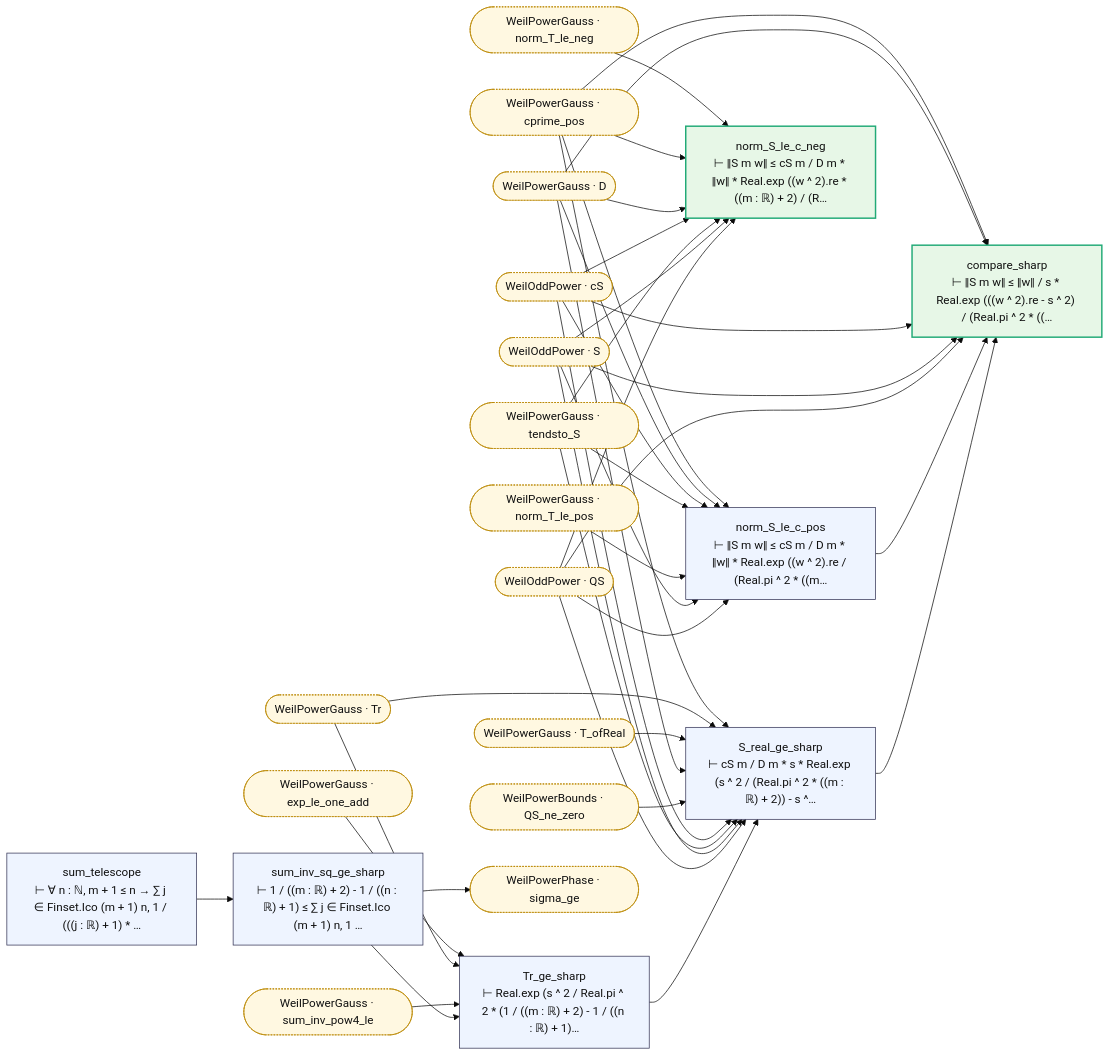
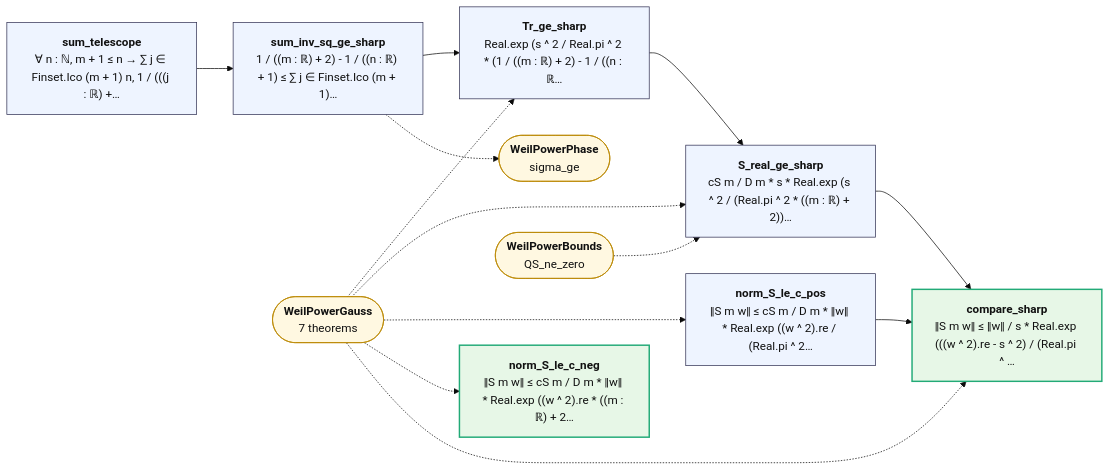
Before and after one commit to juliansambranojr/Primebeat_081426: the diagram in map/lean_stage3/WeilPowerSharp.md, drawn with Mermaid (base theme). The commit also changed other lines of this file and 387 other files, not shown here.

````diff
--- a/map/lean_stage3/WeilPowerSharp.md
+++ b/map/lean_stage3/WeilPowerSharp.md
@@ -8,67 +12,30 @@
 ```mermaid
 flowchart LR
-  n0["sum_telescope<br/>⊢ ∀ n : ℕ, m + 1 ≤ n → ∑ j ∈ Finset.Ico (m + 1) n, 1 / (((j : ℝ) + 1) * …"]:::thm
-  n1["sum_inv_sq_ge_sharp<br/>⊢ 1 / ((m : ℝ) + 2) - 1 / ((n : ℝ) + 1) ≤ ∑ j ∈ Finset.Ico (m + 1) n, 1 …"]:::thm
-  n2["Tr_ge_sharp<br/>⊢ Real.exp (s ^ 2 / Real.pi ^ 2 * (1 / ((m : ℝ) + 2) - 1 / ((n : ℝ) + 1)…"]:::thm
-  n3["S_real_ge_sharp<br/>⊢ cS m / D m * s * Real.exp (s ^ 2 / (Real.pi ^ 2 * ((m : ℝ) + 2)) - s ^…"]:::thm
-  n4["norm_S_le_c_pos<br/>⊢ ‖S m w‖ ≤ cS m / D m * ‖w‖ * Real.exp ((w ^ 2).re / (Real.pi ^ 2 * ((m…"]:::thm
-  n5["norm_S_le_c_neg<br/>⊢ ‖S m w‖ ≤ cS m / D m * ‖w‖ * Real.exp ((w ^ 2).re * ((m : ℝ) + 2) / (R…"]:::end_
-  n6["compare_sharp<br/>⊢ ‖S m w‖ ≤ ‖w‖ / s * Real.exp (((w ^ 2).re - s ^ 2) / (Real.pi ^ 2 * ((…"]:::end_
-  x0(["WeilOddPower · QS"]):::ext
-  x1(["WeilOddPower · S"]):::ext
-  x2(["WeilOddPower · cS"]):::ext
-  x3(["WeilPowerBounds · QS_ne_zero"]):::ext
-  x4(["WeilPowerGauss · D"]):::ext
-  x5(["WeilPowerGauss · T_ofReal"]):::ext
-  x6(["WeilPowerGauss · Tr"]):::ext
-  x7(["WeilPowerGauss · cprime_pos"]):::ext
-  x8(["WeilPowerGauss · exp_le_one_add"]):::ext
-  x9(["WeilPowerGauss · norm_T_le_neg"]):::ext
-  x10(["WeilPowerGauss · norm_T_le_pos"]):::ext
-  x11(["WeilPowerGauss · sum_inv_pow4_le"]):::ext
-  x12(["WeilPowerGauss · tendsto_S"]):::ext
-  x13(["WeilPowerPhase · sigma_ge"]):::ext
+  n0["<b>sum_telescope</b><br/>∀ n : ℕ, m + 1 ≤ n → ∑ j ∈ Finset.Ico (m + 1) n, 1 / (((j : ℝ) +…"]:::thm
+  n1["<b>sum_inv_sq_ge_sharp</b><br/>1 / ((m : ℝ) + 2) - 1 / ((n : ℝ) + 1) ≤ ∑ j ∈ Finset.Ico (m + 1)…"]:::thm
+  n2["<b>Tr_ge_sharp</b><br/>Real.exp (s ^ 2 / Real.pi ^ 2 * (1 / ((m : ℝ) + 2) - 1 / ((n : ℝ…"]:::thm
+  n3["<b>S_real_ge_sharp</b><br/>cS m / D m * s * Real.exp (s ^ 2 / (Real.pi ^ 2 * ((m : ℝ) + 2))…"]:::thm
+  n4["<b>norm_S_le_c_pos</b><br/>‖S m w‖ ≤ cS m / D m * ‖w‖ * Real.exp ((w ^ 2).re / (Real.pi ^ 2…"]:::thm
+  n5["<b>norm_S_le_c_neg</b><br/>‖S m w‖ ≤ cS m / D m * ‖w‖ * Real.exp ((w ^ 2).re * ((m : ℝ) + 2…"]:::end_
+  n6["<b>compare_sharp</b><br/>‖S m w‖ ≤ ‖w‖ / s * Real.exp (((w ^ 2).re - s ^ 2) / (Real.pi ^ …"]:::end_
+  x0(["<b>WeilPowerPhase</b><br/>sigma_ge"]):::ext
+  x1(["<b>WeilPowerGauss</b><br/>7 theorems"]):::ext
+  x2(["<b>WeilPowerBounds</b><br/>QS_ne_zero"]):::ext
   n0 --> n1
   n1 --> n2
-  n1 --> x13
   n2 --> n3
   n3 --> n6
   n4 --> n6
-  x0 --> n3
-  x0 --> n4
-  x0 --> n5
-  x0 --> n6
-  x1 --> n3
-  x1 --> n4
-  x1 --> n5
-  x1 --> n6
-  x10 --> n4
-  x11 --> n2
-  x12 --> n3
-  x12 --> n4
-  x12 --> n5
-  x2 --> n3
-  x2 --> n4
-  x2 --> n5
-  x2 --> n6
-  x3 --> n3
-  x4 --> n3
-  x4 --> n4
-  x4 --> n5
-  x4 --> n6
-  x5 --> n3
-  x6 --> n2
-  x6 --> n3
-  x7 --> n3
-  x7 --> n4
-  x7 --> n5
-  x7 --> n6
-  x8 --> n2
-  x9 --> n5
+  n1 -.-> x0
+  x1 -.-> n2
+  x1 -.-> n3
+  x1 -.-> n4
+  x1 -.-> n5
+  x1 -.-> n6
+  x2 -.-> n3
   classDef thm fill:#eef4ff,stroke:#335,color:#111
-  classDef dfn fill:#f2f2f2,stroke:#777,color:#111
   classDef end_ fill:#e7f7e7,stroke:#2a7,color:#111,stroke-width:2px
   classDef lone fill:#fff,stroke:#999,color:#111,stroke-dasharray:4 3
   classDef bad fill:#ffe5e5,stroke:#c22,color:#111,stroke-width:2px
-  classDef ext fill:#fff8e1,stroke:#b80,color:#111,stroke-dasharray:2 2
+  classDef ext fill:#fff8e1,stroke:#b80,color:#111
 ```
````
